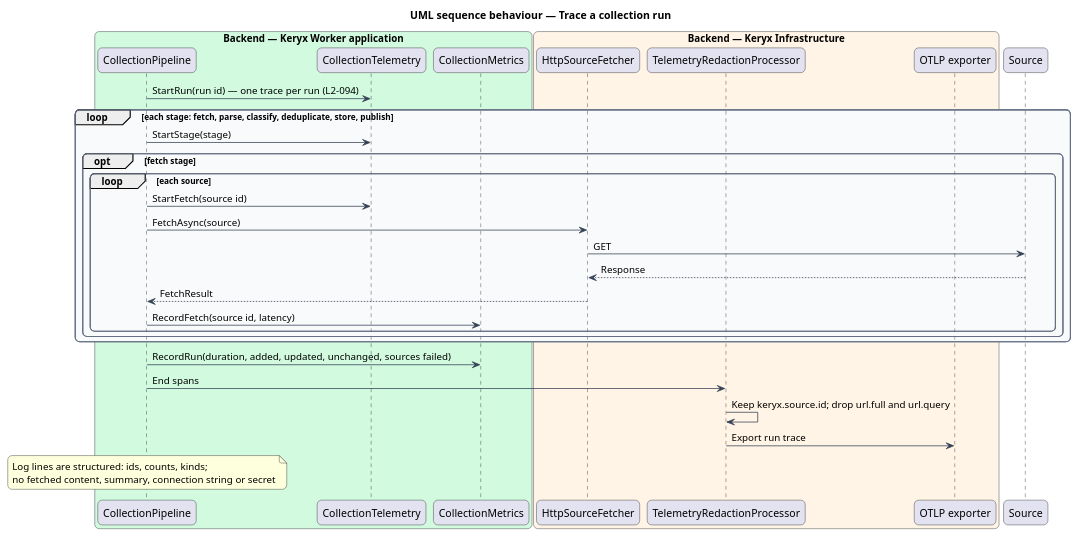
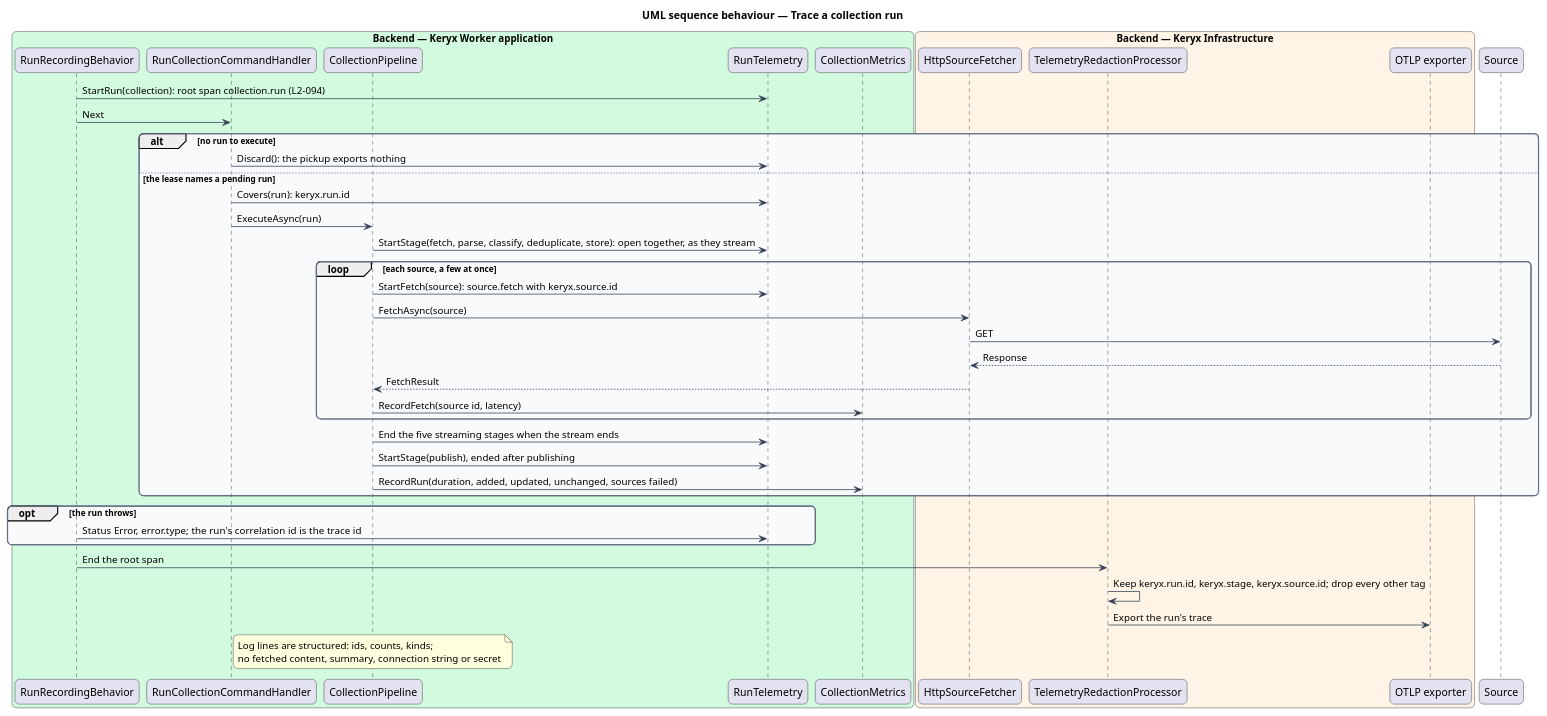
The diagram in docs/detailed-designs/operations/observe-the-system/diagrams/sequence-trace-collection-run.puml (QuinntyneBrown/keryx), drawn with PlantUML before and after one commit. The commit also changed 18 other files, not shown here.

First line of the commit message:
Trace each worker run, with a span per stage and per source fetch

```diff
--- a/docs/detailed-designs/operations/observe-the-system/diagrams/sequence-trace-collection-run.puml
+++ b/docs/detailed-designs/operations/observe-the-system/diagrams/sequence-trace-collection-run.puml
@@ -1,47 +1,57 @@
 @startuml
 title UML sequence behaviour — Trace a collection run
 skinparam backgroundColor #FFFFFF
 skinparam shadowing false
 skinparam roundcorner 12
 skinparam defaultFontName Arial
 skinparam ArrowColor #344054
 skinparam rectangle {
   BorderColor #344054
   FontColor #101828
 }
 skinparam package {
   BorderColor #667085
   FontColor #101828
   BackgroundColor #F9FAFB
 }
 box "Backend — Keryx Worker application" #D1FADF
+  participant "RunRecordingBehavior" as rec
+  participant "RunCollectionCommandHandler" as handler
   participant "CollectionPipeline" as pipe
-  participant "CollectionTelemetry" as tel
+  participant "RunTelemetry" as tel
   participant "CollectionMetrics" as metrics
 end box
 box "Backend — Keryx Infrastructure" #FFF4E5
   participant "HttpSourceFetcher" as fetch
   participant "TelemetryRedactionProcessor" as red
   participant "OTLP exporter" as exp
 end box
 participant "Source" as src
-pipe -> tel : StartRun(run id) — one trace per run (L2-094)
-loop each stage: fetch, parse, classify, deduplicate, store, publish
-  pipe -> tel : StartStage(stage)
-  opt fetch stage
-    loop each source
-      pipe -> tel : StartFetch(source id)
-      pipe -> fetch : FetchAsync(source)
-      fetch -> src : GET
-      src --> fetch : Response
-      fetch --> pipe : FetchResult
-      pipe -> metrics : RecordFetch(source id, latency)
-    end
+rec -> tel : StartRun(collection): root span collection.run (L2-094)
+rec -> handler : Next
+alt no run to execute
+  handler -> tel : Discard(): the pickup exports nothing
+else the lease names a pending run
+  handler -> tel : Covers(run): keryx.run.id
+  handler -> pipe : ExecuteAsync(run)
+  pipe -> tel : StartStage(fetch, parse, classify, deduplicate, store): open together, as they stream
+  loop each source, a few at once
+    pipe -> tel : StartFetch(source): source.fetch with keryx.source.id
+    pipe -> fetch : FetchAsync(source)
+    fetch -> src : GET
+    src --> fetch : Response
+    fetch --> pipe : FetchResult
+    pipe -> metrics : RecordFetch(source id, latency)
   end
+  pipe -> tel : End the five streaming stages when the stream ends
+  pipe -> tel : StartStage(publish), ended after publishing
+  pipe -> metrics : RecordRun(duration, added, updated, unchanged, sources failed)
 end
-pipe -> metrics : RecordRun(duration, added, updated, unchanged, sources failed)
-pipe -> red : End spans
-red -> red : Keep keryx.source.id; drop url.full and url.query
-red -> exp : Export run trace
+opt the run throws
+  rec -> tel : Status Error, error.type; the run's correlation id is the trace id
+end
+rec -> red : End the root span
+red -> red : Keep keryx.run.id, keryx.stage, keryx.source.id; drop every other tag
+red -> exp : Export the run's trace
 note over pipe : Log lines are structured: ids, counts, kinds;\nno fetched content, summary, connection string or secret
 @enduml
```
